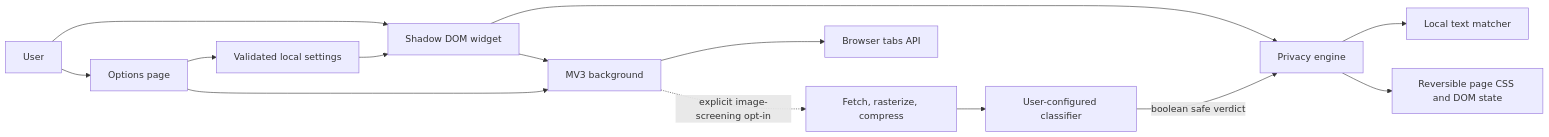
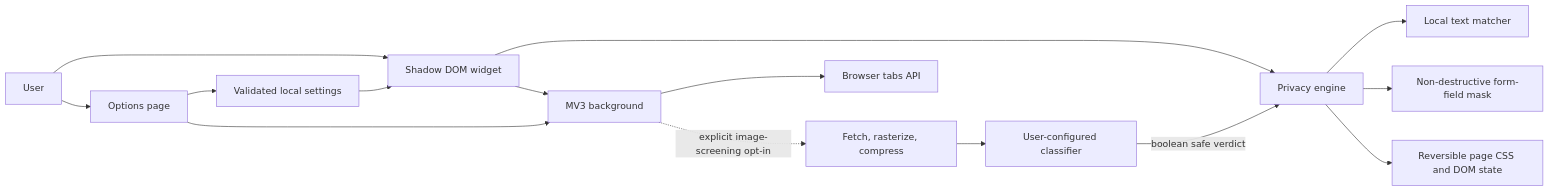
The diagram in docs/ARCHITECTURE.md (Wiplash-ai/privacy-lens), drawn with Mermaid before and after one commit. The commit also changed other lines of this file and 15 other files, not shown here.

````diff
--- a/docs/ARCHITECTURE.md
+++ b/docs/ARCHITECTURE.md
@@ -7,16 +7,17 @@
 ```mermaid
 flowchart LR
   U[User] --> W[Shadow DOM widget]
   U --> O[Options page]
   W --> E[Privacy engine]
   O --> S[Validated local settings]
   S --> W
   E --> M[Local text matcher]
+  E --> F[Non-destructive form-field mask]
   E --> D[Reversible page CSS and DOM state]
   W --> B[MV3 background]
   O --> B
   B --> T[Browser tabs API]
   B -. explicit image-screening opt-in .-> C[Fetch, rasterize, compress]
   C --> A[User-configured classifier]
   A -->|boolean safe verdict| E
 ```
````
